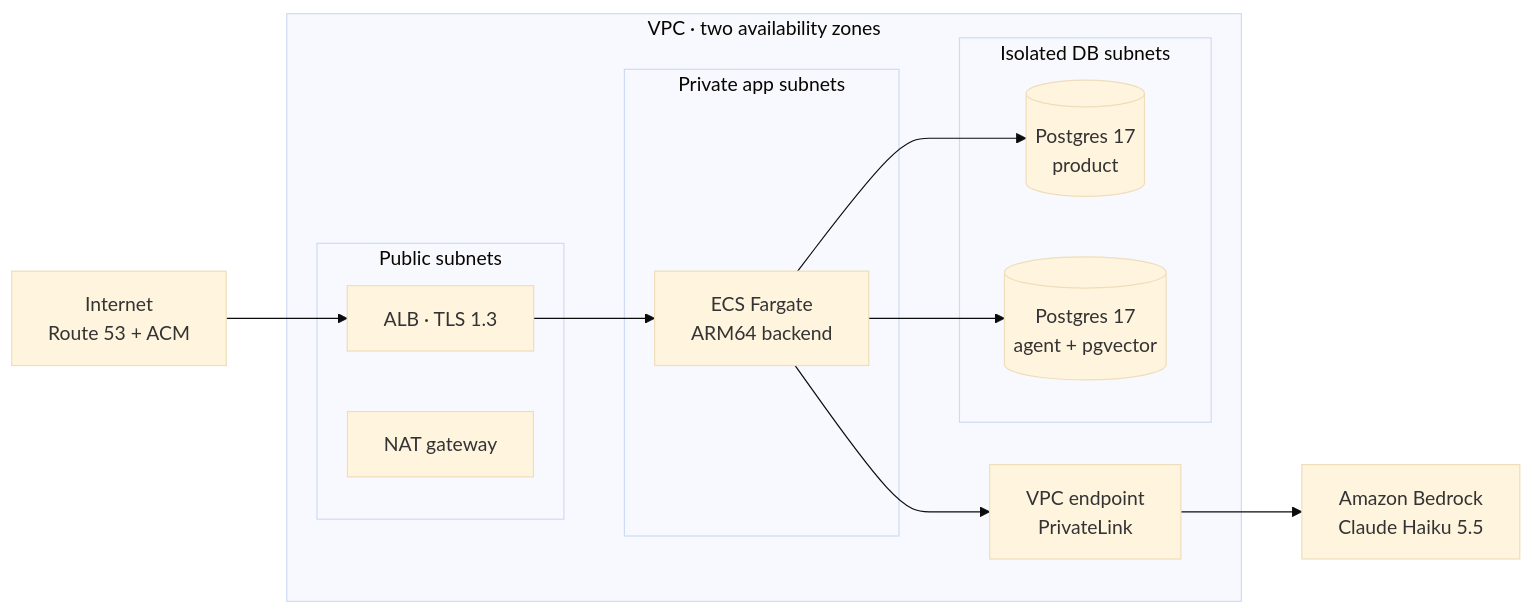
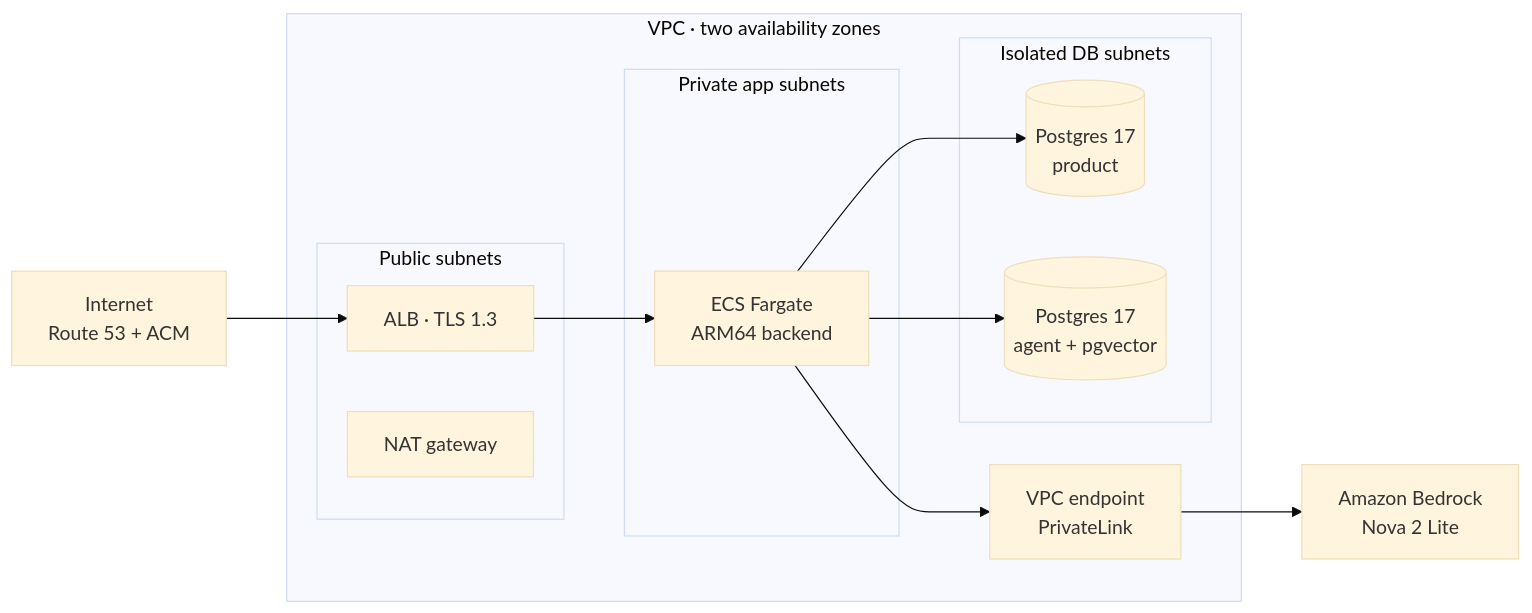
One commit to bryan-duarte/blinka-hackathon changed the second of 2 diagrams in README.md. Above: the diagram before and after it, drawn with Mermaid (base theme). The commit also changed other lines of this file and 3 other files, not shown here.

First line of the commit message:
feat(llm): Switch to Amazon Nova 2 Lite

````diff
--- a/README.md
+++ b/README.md
@@ -221,23 +221,23 @@
 ```mermaid
 flowchart LR
     I[Internet<br/>Route 53 + ACM] --> ALB
 
     subgraph VPC["VPC · two availability zones"]
         subgraph Public["Public subnets"]
             ALB[ALB · TLS 1.3]
             NAT[NAT gateway]
         end
         subgraph App["Private app subnets"]
             ECS[ECS Fargate<br/>ARM64 backend]
         end
         subgraph DB["Isolated DB subnets"]
             PG1[(Postgres 17<br/>product)]
             PG2[(Postgres 17<br/>agent + pgvector)]
         end
         VPCE[VPC endpoint<br/>PrivateLink]
     end
 
     ALB --> ECS --> PG1
     ECS --> PG2
-    ECS --> VPCE --> BR[Amazon Bedrock<br/>Claude Haiku 5.5]
+    ECS --> VPCE --> BR[Amazon Bedrock<br/>Nova 2 Lite]
 ```
````
